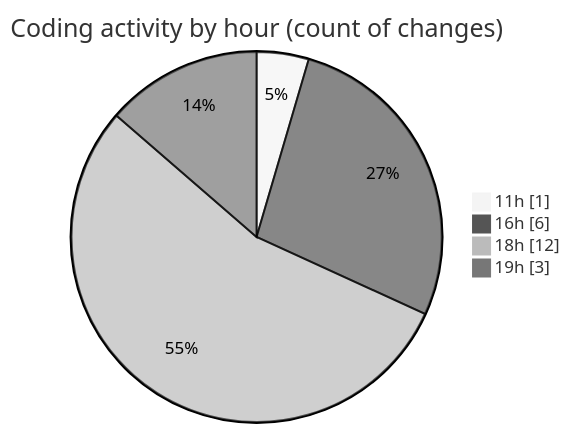
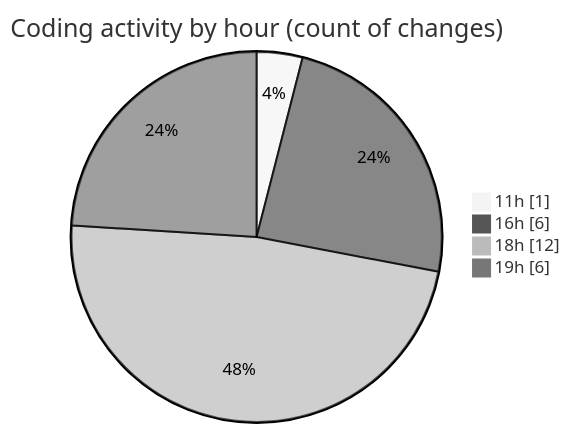
The second of 2 diagrams in 2026-05-24/nxtqube_webapp/README.md (nxtqubesakshisongat/code-tracking), drawn with Mermaid (neutral theme) before and after one commit. The commit also changed other lines of this file and 1 other file, not shown here.

````diff
--- a/2026-05-24/nxtqube_webapp/README.md
+++ b/2026-05-24/nxtqube_webapp/README.md
@@ -34,8 +34,8 @@
 ```mermaid
 pie showData
 title Coding activity by hour (count of changes)
 "11h" : 1
 "16h" : 6
 "18h" : 12
-"19h" : 3
+"19h" : 6
 ```
````
